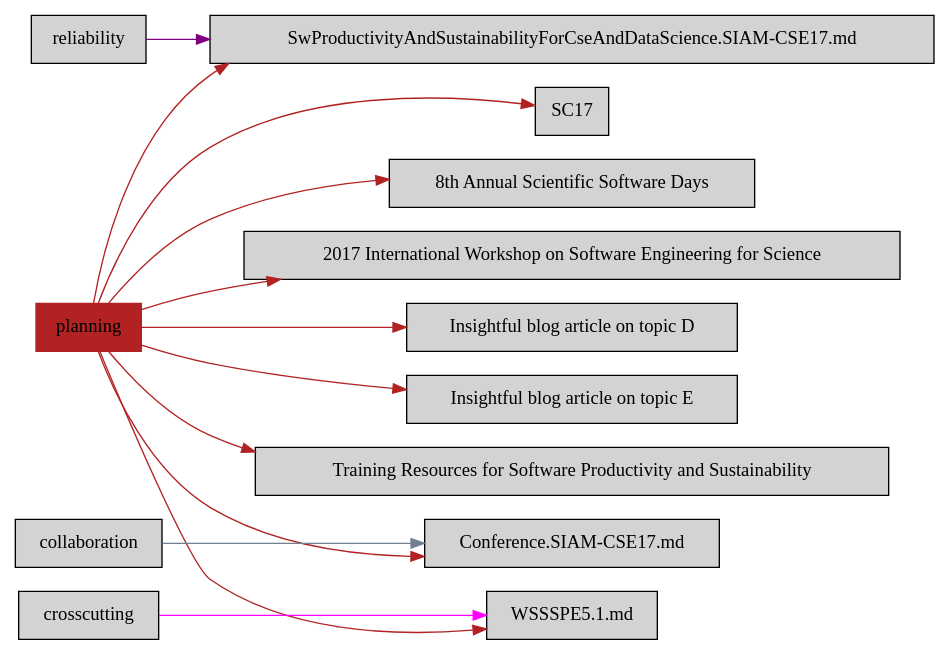
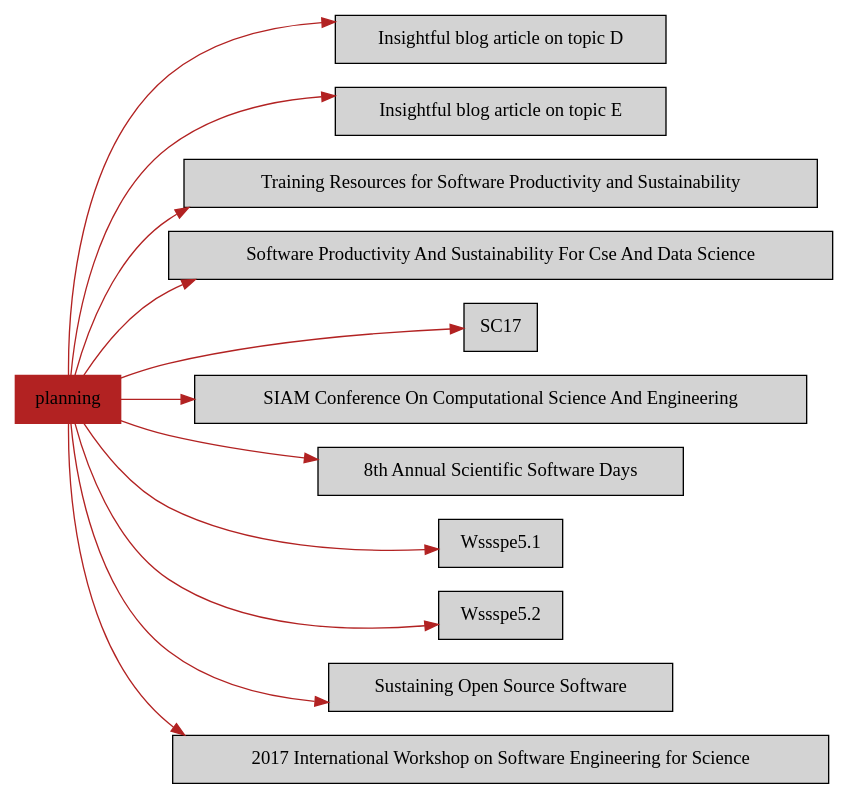
One commit to duongdo27/Dealii changed the diagram in markdown/category_planning.dot. Above: the diagram before and after it, drawn with Graphviz. The commit also changed 16 other files, not shown here.

```diff
--- a/markdown/category_planning.dot
+++ b/markdown/category_planning.dot
@@ -1,25 +1,29 @@
 digraph bettersoftware {
             rankdir = LR;
             ratio = fill;
             node [style=filled];
             node [shape = box];
 "planning" [colorscheme="svg" color="firebrick"];
 "planning" ->  "BlogArticleSkeletonD.md" [colorscheme="svg" color="firebrick"];
 "BlogArticleSkeletonD.md" [label="Insightful blog article on topic D" URL="http://bss.parallactic.com/resources/insightful-blog-article-on-topic-d"]
 "planning" ->  "BlogArticleSkeletonE.md" [colorscheme="svg" color="firebrick"];
 "BlogArticleSkeletonE.md" [label="Insightful blog article on topic E" URL="http://bss.parallactic.com/resources/insightful-blog-article-on-topic-e"]
 "planning" ->  "BestPracticesForHPCSwDevelopersWebinarSeries.md" [colorscheme="svg" color="firebrick"];
 "BestPracticesForHPCSwDevelopersWebinarSeries.md" [label="Training Resources for Software Productivity and Sustainability" URL="http://bss.parallactic.com/resources/training-resources-for-software-productivity-and-sustainability"]
 "planning" ->  "SwProductivityAndSustainabilityForCseAndDataScience.SIAM-CSE17.md" [colorscheme="svg" color="firebrick"];
-"reliability" ->  "SwProductivityAndSustainabilityForCseAndDataScience.SIAM-CSE17.md" [colorscheme="svg" color="purple"];
+"SwProductivityAndSustainabilityForCseAndDataScience.SIAM-CSE17.md" [label="Software Productivity And Sustainability For Cse And Data Science" URL="http://bss.parallactic.com/events/siam-conference-on-computational-science-and-engineering-cse17 "]
 "planning" ->  "Conference.SC17.md" [colorscheme="svg" color="firebrick"];
 "Conference.SC17.md" [label="SC17" URL="http://bss.parallactic.com/resources/sc17"]
 "planning" ->  "Conference.SIAM-CSE17.md" [colorscheme="svg" color="firebrick"];
-"collaboration" ->  "Conference.SIAM-CSE17.md" [colorscheme="svg" color="slategrey"];
+"Conference.SIAM-CSE17.md" [label="SIAM Conference On Computational Science And Engineering" URL="http://bss.parallactic.com/events/siam-conference-on-computational-science-and-engineering-cse17 "]
 "planning" ->  "Conference.ScientificSoftwareDays17.md" [colorscheme="svg" color="firebrick"];
 "Conference.ScientificSoftwareDays17.md" [label="8th Annual Scientific Software Days" URL="http://bss.parallactic.com/resources/8th-annual-scientific-software-days"]
 "planning" ->  "WSSSPE5.1.md" [colorscheme="svg" color="firebrick"];
-"crosscutting" ->  "WSSSPE5.1.md" [colorscheme="svg" color="fuchsia"];
+"WSSSPE5.1.md" [label="Wssspe5.1\n" URL="http://bss.parallactic.com/events/wssspe5-1"];
+"planning" ->  "WSSSPE5.2.md" [colorscheme="svg" color="firebrick"];
+"WSSSPE5.2.md" [label="Wssspe5.2\n" URL="http://bss.parallactic.com/events/wssspe5-2 "];
+"planning" ->  "OSSSustainabilityResources.md" [colorscheme="svg" color="firebrick"];
+"OSSSustainabilityResources.md" [label="Sustaining Open Source Software" URL="http://bss.parallactic.com/resources/sustaining-open-source-software"]
 "planning" ->  "Workshop.SE4Science17.md" [colorscheme="svg" color="firebrick"];
 "Workshop.SE4Science17.md" [label="2017 International Workshop on Software Engineering for Science" URL="http://bss.parallactic.com/resources/2017-international-workshop-on-software-engineering-for-science"]
 }
```
